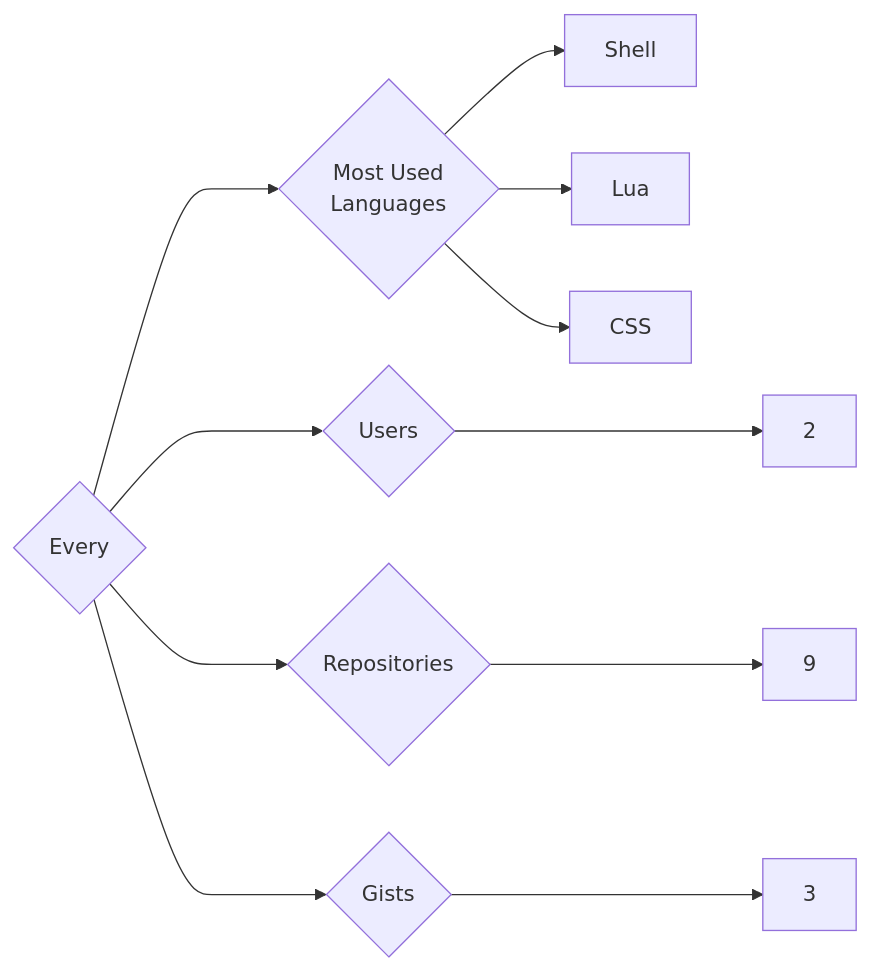
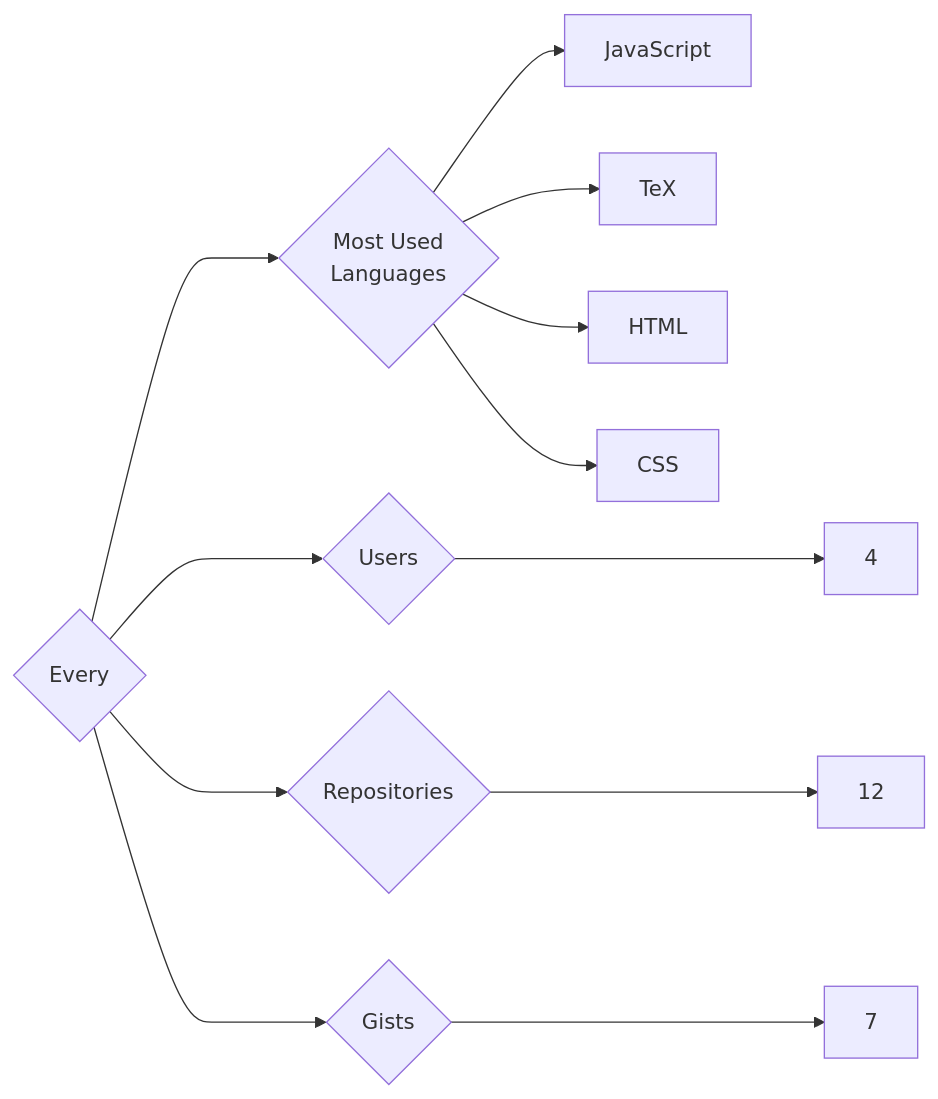
One commit to trickest/insiders changed the diagram in targets/Every/README.md. Above: the diagram before and after it, drawn with Mermaid. The commit also changed 1078 other files, not shown here.

````diff
--- a/targets/Every/README.md
+++ b/targets/Every/README.md
@@ -3,11 +3,12 @@
 ```mermaid
 graph LR
 COMPANY_NAME{Every}
-COMPANY_NAME ---> U{Users} ---> UN[2]
-COMPANY_NAME ---> R{Repositories} ---> RN[9]
-COMPANY_NAME ---> G{Gists} ---> GN[3]
+COMPANY_NAME ---> U{Users} ---> UN[4]
+COMPANY_NAME ---> R{Repositories} ---> RN[12]
+COMPANY_NAME ---> G{Gists} ---> GN[7]
 COMPANY_NAME ---> ML{Most Used<br>Languages}
-ML --> Shell[Shell]
-ML --> Lua[Lua]
+ML --> JavaScript[JavaScript]
+ML --> TeX[TeX]
+ML --> HTML[HTML]
 ML --> CSS[CSS]
 ```
````
